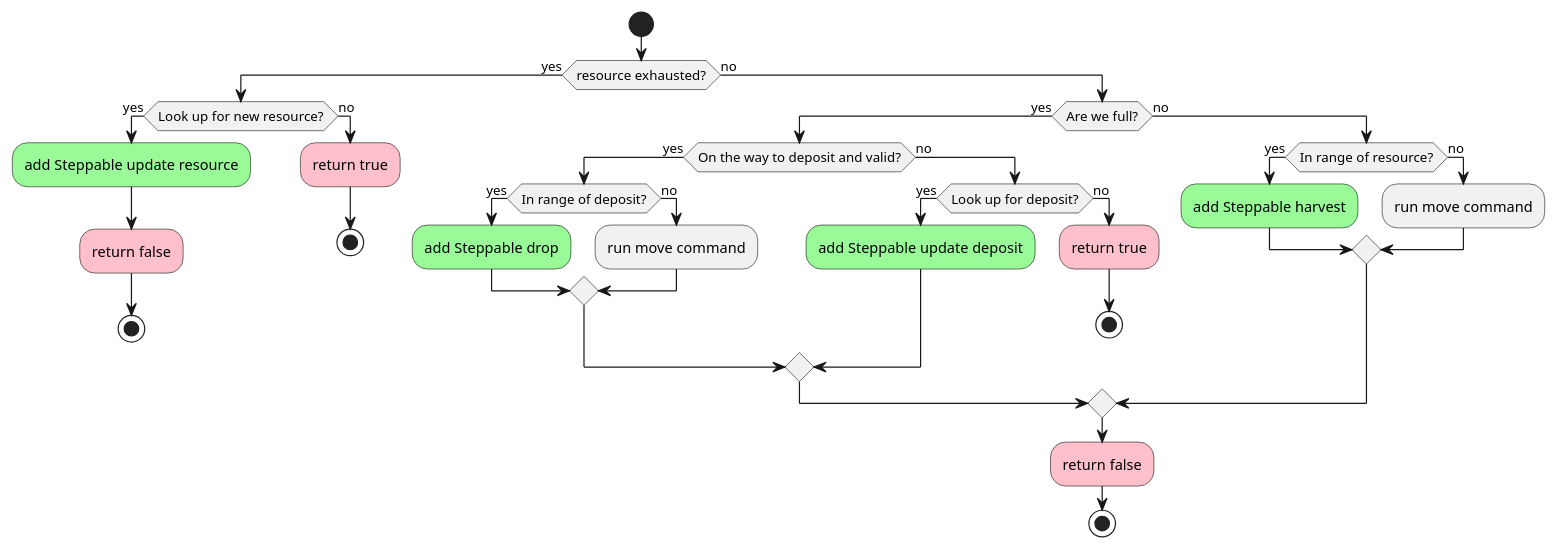
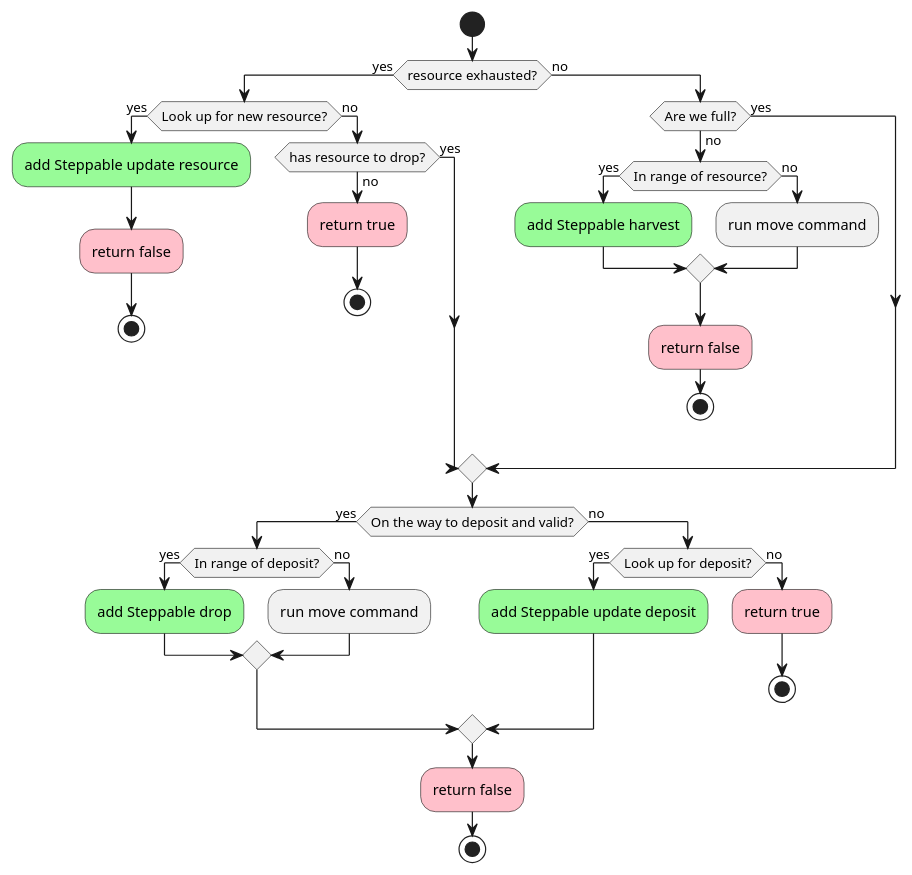
The diagram in doc/sequence/harvestCommand.pu (SimonPiCarter/octopus_game_engine), drawn with PlantUML before and after one commit.

Commit message:
updated harvest sequence

```diff
--- a/doc/sequence/harvestCommand.pu
+++ b/doc/sequence/harvestCommand.pu
@@ -1,43 +1,48 @@
 @startuml harvestCommand
 
 start
 
 if (resource exhausted?) then (yes)
 	if (Look up for new resource?) then (yes)
 		#palegreen:add Steppable update resource;
 		#pink:return false;
 		stop
 	else (no)
-		#pink:return true;
-		stop
+		if (has resource to drop?) then (yes)
+		else (no)
+			#pink:return true;
+			stop
+		endif
 	endif
 else (no)
 
 	if (Are we full?) then (yes)
-		if (On the way to deposit and valid?) then (yes)
-			if (In range of deposit?) then (yes)
-				#palegreen:add Steppable drop;
-			else (no)
-				:run move command;
-			endif
-		else (no)
-			if (Look up for deposit?) then (yes)
-				#palegreen:add Steppable update deposit;
-			else (no)
-				#pink:return true;
-				stop
-			endif
-		endif
 	else (no)
 		if (In range of resource?) then (yes)
 			#palegreen:add Steppable harvest;
 		else (no)
 			:run move command;
 		endif
+		#pink:return false;
+		stop
+	endif
+endif
 
+if (On the way to deposit and valid?) then (yes)
+	if (In range of deposit?) then (yes)
+		#palegreen:add Steppable drop;
+	else (no)
+		:run move command;
+	endif
+else (no)
+	if (Look up for deposit?) then (yes)
+		#palegreen:add Steppable update deposit;
+	else (no)
+		#pink:return true;
+		stop
+	endif
 endif
 
 #pink:return false;
 stop
-
 @enduml
```
